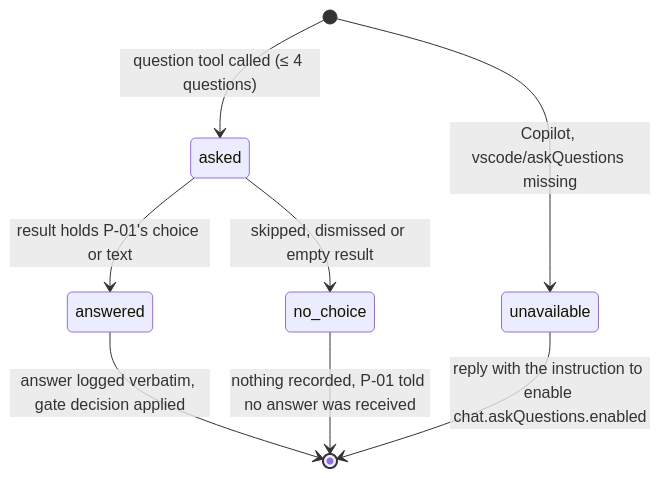
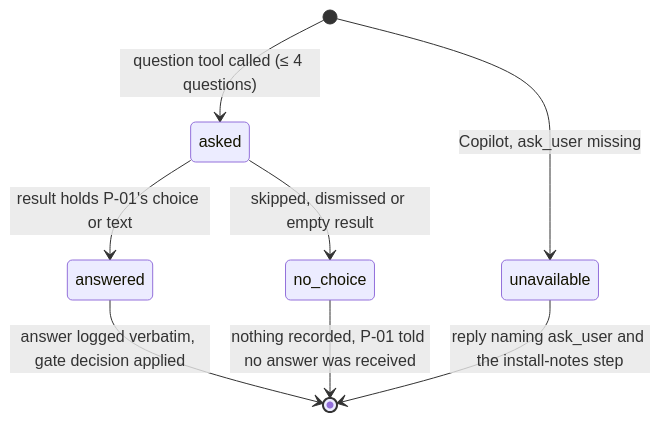
The sixth of 6 diagrams in .sdd/002-multi-platform-targets/10-spec/40-domain/state-machines.md (jlacube/spec-architect), drawn with Mermaid before and after one commit. The commit also changed other lines of this file and 22 other files, not shown here.

Commit message:
CHG-002: D-003 revision (spec-writer) — Copilot workspace agents + workspace MCP config, install command, Copilot guard hook keyed by agent_type, ask_user, naming (REQ-320…326)

````diff
--- a/.sdd/002-multi-platform-targets/10-spec/40-domain/state-machines.md
+++ b/.sdd/002-multi-platform-targets/10-spec/40-domain/state-machines.md
@@ -153,10 +153,10 @@
 ```mermaid
 stateDiagram-v2
   [*] --> asked : question tool called (≤ 4 questions)
-  [*] --> unavailable : Copilot, vscode/askQuestions missing
+  [*] --> unavailable : Copilot, ask_user missing
   asked --> answered : result holds P-01's choice or text
   asked --> no_choice : skipped, dismissed or empty result
   answered --> [*] : answer logged verbatim, gate decision applied
   no_choice --> [*] : nothing recorded, P-01 told no answer was received
-  unavailable --> [*] : reply with the instruction to enable chat.askQuestions.enabled
+  unavailable --> [*] : reply naming ask_user and the install-notes step
 ```
````
